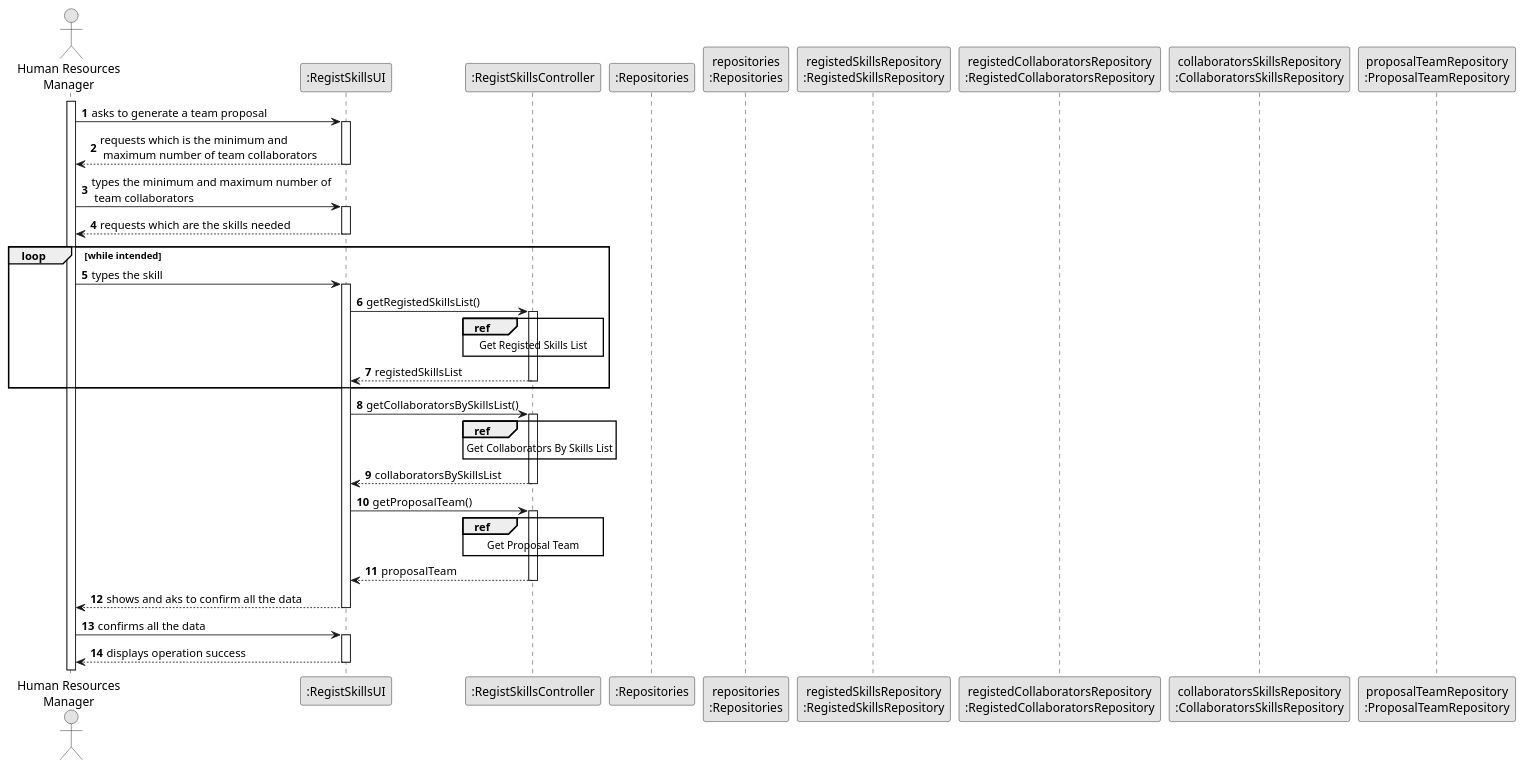
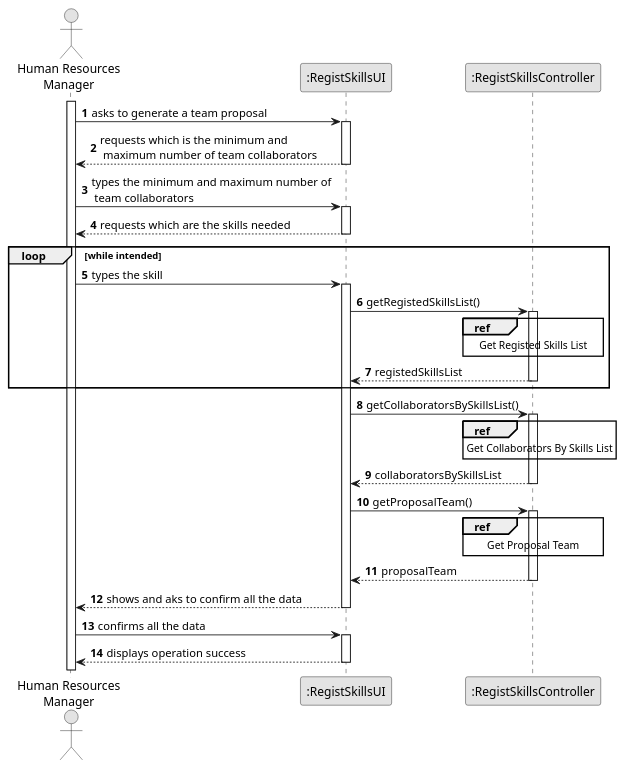
One commit to 1231360-ISEP/lei-24-s2-1db-g021 changed the diagram in docs/sprint2/us005/03.design/puml/us005-sequence-diagram-split.puml. Above: the diagram before and after it, drawn with PlantUML. The commit also changed 5 other files, not shown here.

Commit message:
Update US05 - Sequence Diagrams and SVG´s

```diff
--- a/docs/sprint2/us005/03.design/puml/us005-sequence-diagram-split.puml
+++ b/docs/sprint2/us005/03.design/puml/us005-sequence-diagram-split.puml
@@ -1,85 +1,79 @@
 @startuml
 skinparam monochrome true
 skinparam packageStyle rectangle
 skinparam shadowing false
 
 actor "Human Resources\nManager" as HRM
 participant ":RegistSkillsUI" as UI
 participant ":RegistSkillsController" as CTRL
-participant ":Repositories" as RepositorySingleton
-participant "repositories\n:Repositories" as PLAT
-participant "registedSkillsRepository\n:RegistedSkillsRepository" as RegistedSkillsRepository
-participant "registedCollaboratorsRepository\n:RegistedCollaboratorsRepository" as RegistedCollaboratorsRepository
-participant "collaboratorsSkillsRepository\n:CollaboratorsSkillsRepository" as CollaboratorsSkillsRepository
-participant "proposalTeamRepository\n:ProposalTeamRepository" as ProposalTeamRepository
 
 autonumber 1
 
 activate HRM
 
     HRM -> UI : asks to generate a team proposal
         activate UI
 
     UI --> HRM : requests which is the minimum and\n maximum number of team collaborators
     deactivate UI
 
 
     HRM -> UI : types the minimum and maximum number of\n team collaborators
         activate UI
 
     UI --> HRM : requests which are the skills needed
     deactivate UI
 
     loop while intended
 
             HRM -> UI : types the skill
         activate UI
 
             UI -> CTRL: getRegistedSkillsList()
 
         activate CTRL
 
         ref over CTRL
             Get Registed Skills List
         end ref
 
         CTRL --> UI : registedSkillsList
         deactivate CTRL
 
     deactivate CTRL
     end
 
     UI -> CTRL: getCollaboratorsBySkillsList()
 
     activate CTRL
 
     ref over CTRL
         Get Collaborators By Skills List
     end ref
 
     CTRL --> UI : collaboratorsBySkillsList
     deactivate CTRL
 
     UI -> CTRL: getProposalTeam()
 
     activate CTRL
 
     ref over CTRL
         Get Proposal Team
     end ref
 
     CTRL --> UI : proposalTeam
     deactivate CTRL
 
 
     UI --> HRM : shows and aks to confirm all the data
     deactivate UI
 
     HRM -> UI : confirms all the data
     activate UI
 
     UI --> HRM : displays operation success
     deactivate UI
 
 
 @enduml
```
